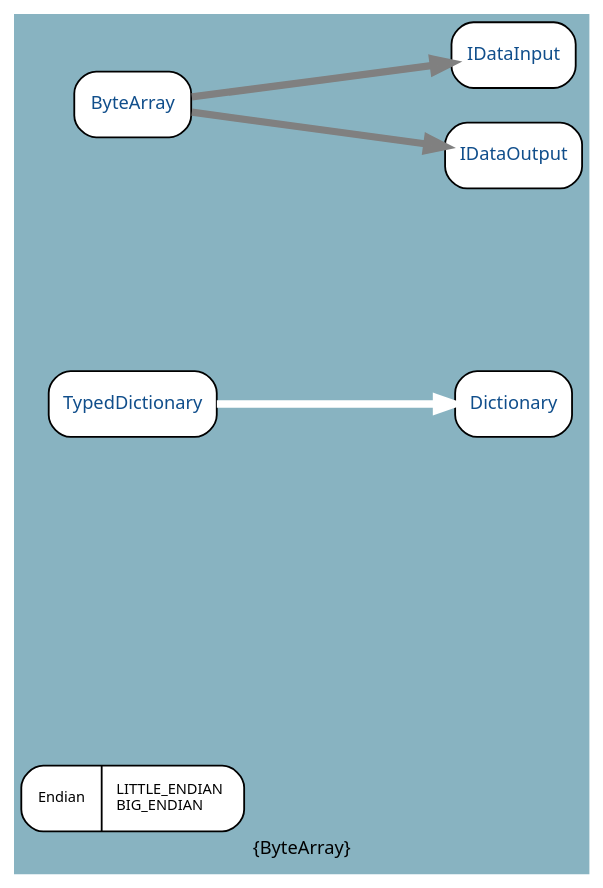
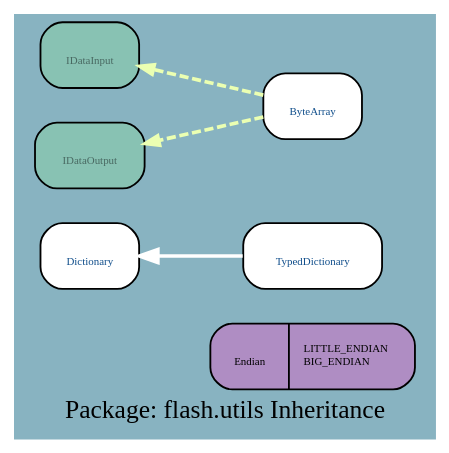
The diagram in docs/uml/flash.utils_I.dot (google-code-export/haxegui), drawn with Graphviz before and after one commit. The commit also changed 398 other files, not shown here.

```diff
--- a/docs/uml/flash.utils_I.dot
+++ b/docs/uml/flash.utils_I.dot
@@ -1,17 +1,16 @@
 digraph uml {
-	graph [label="Package: flash.utils Inheritance", ratio=compress, rankdir=LR, size="24,12", overlap=false, fontname=Sans, fontsize=10, bgcolor="#88B3C1", fontcolor=black];
-	node [label="\N", fontname=Sans, fontsize=8, shape=record, color=black, fontcolor=black];
-	edge [fontname=Sans, fontsize=8, minlen=3, color=black, fontcolor=black];
-	graph [label="{ByteArray}",
-		lp="156,10",
-		bb="0,0,312,462"];
-	"flash.utils.Endian" [label="{Endian|LITTLE_ENDIAN\lBIG_ENDIAN\l}", style="rounded,filled", fillcolor=white, pos="62,39", rects="1,21,46,57 46,21,124,57", width="1.69", height="0.50"];
-	"flash.utils.Dictionary" [label="{Dictionary}", fontsize=10, fontcolor="#104E8B", style="rounded,filled", fillcolor=white, URL="../types/flash/utils/Dictionary.html", tooltip=Dictionary, portPos=e, pos="274,255", rects="242,237,306,273", width="0.89", height="0.50"];
-	"flash.utils.TypedDictionary" [label="{TypedDictionary}", fontsize=10, fontcolor="#104E8B", style="rounded,filled", fillcolor=white, URL="../types/flash/utils/TypedDictionary.html", tooltip=TypedDictionary, portPos=e, pos="62,255", rects="17,237,108,273", width="1.25", height="0.50"];
-	"flash.utils.IDataInput" [label="{IDataInput}", fontsize=10, fontcolor="#104E8B", style="rounded,filled", fillcolor=white, URL="../types/flash/utils/IDataInput.html", tooltip=IDataInput, portPos=e, pos="274,444", rects="241,426,307,462", width="0.92", height="0.50"];
-	"flash.utils.IDataOutput" [label="{IDataOutput}", fontsize=10, fontcolor="#104E8B", style="rounded,filled", fillcolor=white, URL="../types/flash/utils/IDataOutput.html", tooltip=IDataOutput, portPos=e, pos="274,390", rects="237,372,312,408", width="1.03", height="0.50"];
-	"flash.utils.ByteArray" [label="{ByteArray}", fontsize=10, fontcolor="#104E8B", style="rounded,filled", fillcolor=white, URL="../types/flash/utils/ByteArray.html", tooltip=ByteArray, portPos=e, pos="62,417", rects="31,399,94,435", width="0.86", height="0.50"];
-	"flash.utils.TypedDictionary" -> "flash.utils.Dictionary" [color=white, style="setlinewidth(4)", arrowhead=normal, arrowsize="1.0", pos="e,242,255 108,255 144,255 196,255 232,255"];
-	"flash.utils.ByteArray" -> "flash.utils.IDataOutput" [color=gray, style="setlinewidth(4)", arrowhead=normal, arrowsize="1.0", pos="e,237,395 94,413 130,408 187,401 227,396"];
-	"flash.utils.ByteArray" -> "flash.utils.IDataInput" [color=gray, style="setlinewidth(4)", arrowhead=normal, arrowsize="1.0", pos="e,241,440 94,421 131,426 190,434 231,439"];
+	graph [label="Package: flash.utils Inheritance", ratio=compress, rankdir=RL, smoothing=avg_dist, overlap=compress, packMode="graph", labelloc=c, fontname="DejaVu Sans Condenesed", fontsize=14, bgcolor="#88B3C1", fontcolor=black];
+	node [label="\N", style="rounded,filled", fillcolor="#96c288", fontcolor="#104E8B", fontname="FFF Harmony", fontsize=6, shape=record, color=black];
+	edge [fontname=Sans, fontsize=8, minlen="1.2", color=black, fontcolor=black];
+	graph [lp="115,12",
+		bb="0,0,230,236"];
+	"flash.utils.Endian" [label="{\nEndian|LITTLE_ENDIAN\lBIG_ENDIAN\l}", fillcolor="#af8dc3", fontcolor=black, pos="163,43", rects="107,25,148,61 148,25,220,61", width="1.56", height="0.50"];
+	"flash.utils.Dictionary" [label="{\nDictionary}", fillcolor=white, URL="../types/flash/utils/Dictionary.html", tooltip="\nDictionary", portPos=w, pos="40,97", rects="13,79,67,115", width="0.75", height="0.50"];
+	"flash.utils.TypedDictionary" [label="{\nTypedDictionary}", fillcolor=white, URL="../types/flash/utils/TypedDictionary.html", tooltip="\nTypedDictionary", portPos=w, pos="163,97", rects="125,79,201,115", width="1.06", height="0.50"];
+	"flash.utils.IDataInput" [label="{\nIDataInput}", fillcolor="#88c2b3", fontcolor="#496962", URL="../types/flash/utils/IDataInput.html", tooltip="\nIDataInput", portPos=w, pos="40,218", rects="13,200,67,236", width="0.75", height="0.50"];
+	"flash.utils.IDataOutput" [label="{\nIDataOutput}", fillcolor="#88c2b3", fontcolor="#496962", URL="../types/flash/utils/IDataOutput.html", tooltip="\nIDataOutput", portPos=w, pos="40,164", rects="10,146,70,182", width="0.83", height="0.50"];
+	"flash.utils.ByteArray" [label="{\nByteArray}", fillcolor=white, URL="../types/flash/utils/ByteArray.html", tooltip="\nByteArray", portPos=w, pos="163,178", rects="136,160,191,196", width="0.75", height="0.50"];
+	"flash.utils.TypedDictionary" -> "flash.utils.Dictionary" [color=white, style=bold, arrowhead=normal, arrowsize="1.0", pos="e,67,97 125,97 110,97 92,97 77,97"];
+	"flash.utils.ByteArray" -> "flash.utils.IDataOutput" [color="#ebffb2", style="dashed, bold", arrowhead=normal, arrowsize="0.75", pos="e,70,168 136,175 119,173 96,171 78,169"];
+	"flash.utils.ByteArray" -> "flash.utils.IDataInput" [color="#ebffb2", style="dashed, bold", arrowhead=normal, arrowsize="0.75", pos="e,67,209 136,187 117,193 93,201 74,207"];
 }
```
